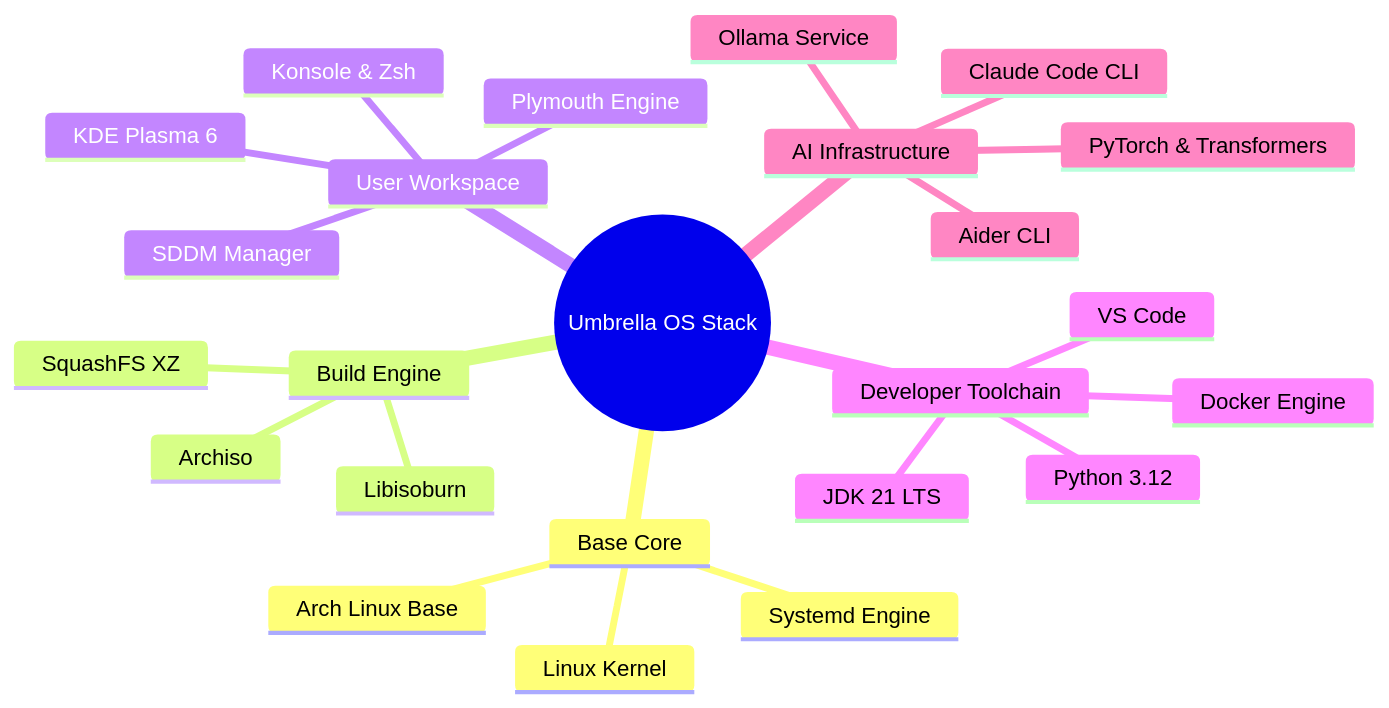
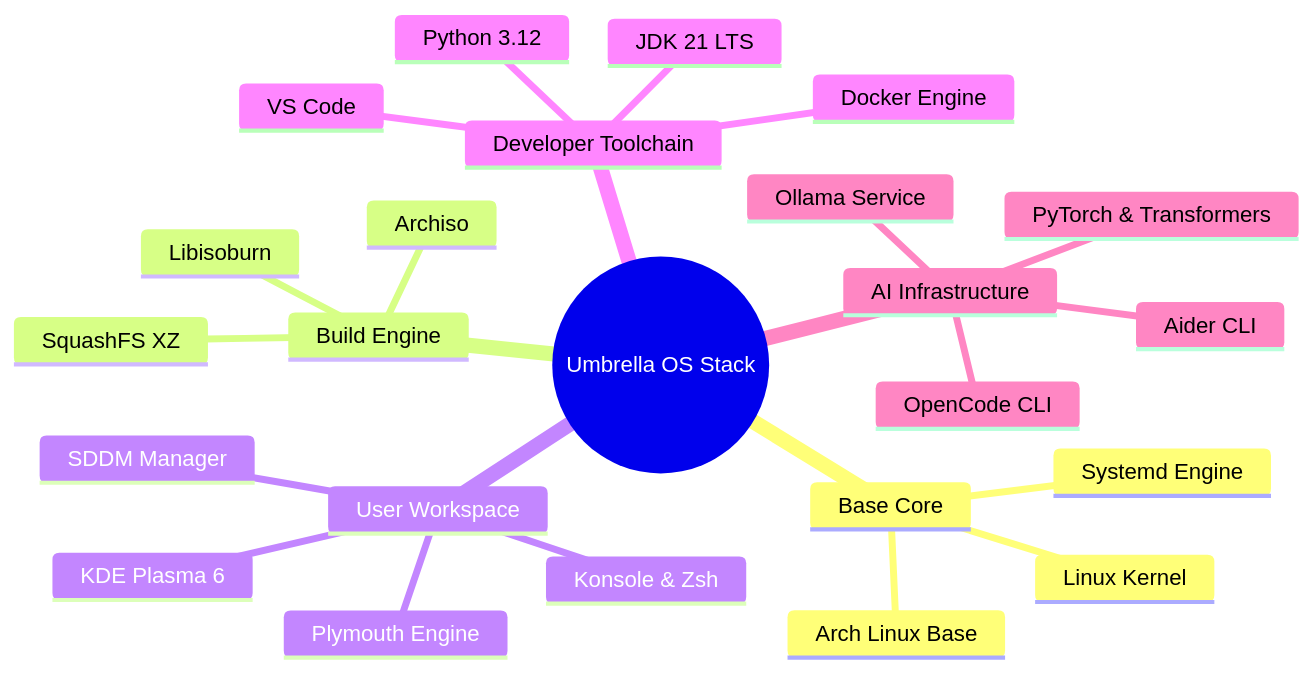
One commit to Aak4shz/Umbrella-Corporation_OS changed the third of 4 diagrams in docs/rules.md. Above: the diagram before and after it, drawn with Mermaid. The commit also changed other lines of this file, not shown here.

Commit message:
docs: replace Claude Code CLI with OpenCode CLI in AI stack
Update the mindmap diagram and Tier 4 (Artificial Intelligence Stack)
tooling list to reference `opencode` instead of `@anthropic-ai/claude-code`.
This reflects a swap in the AI CLI tooling included in the infrastructure
layer, keeping the declarative package manifests and documentation in sync.

````diff
--- a/docs/rules.md
+++ b/docs/rules.md
@@ -98,27 +98,27 @@
 ```mermaid
 mindmap
   root((Umbrella OS Stack))
     Base Core
       Arch Linux Base
       Linux Kernel
       Systemd Engine
     Build Engine
       Archiso
       SquashFS XZ
       Libisoburn
     User Workspace
       KDE Plasma 6
       SDDM Manager
       Plymouth Engine
       Konsole & Zsh
     Developer Toolchain
       JDK 21 LTS
       Python 3.12
       Docker Engine
       VS Code
     AI Infrastructure
       Ollama Service
       Aider CLI
-      Claude Code CLI
+      OpenCode CLI
       PyTorch & Transformers
 ```
````
